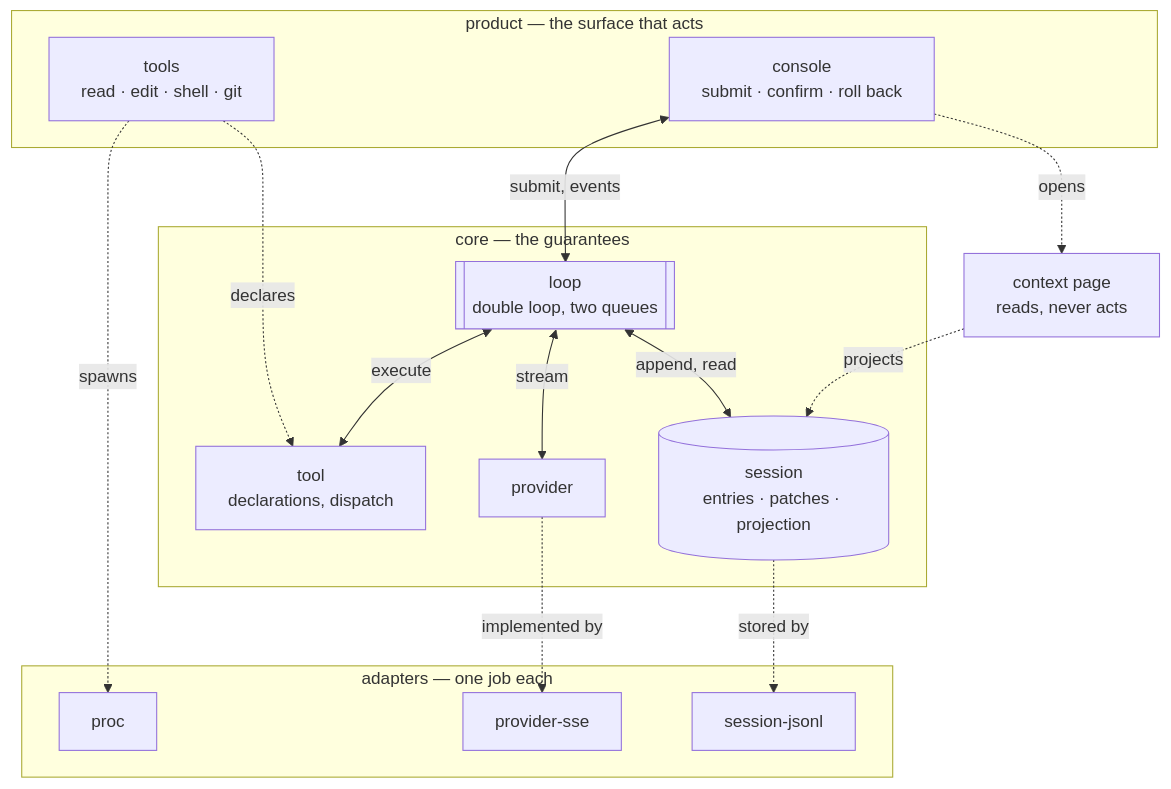
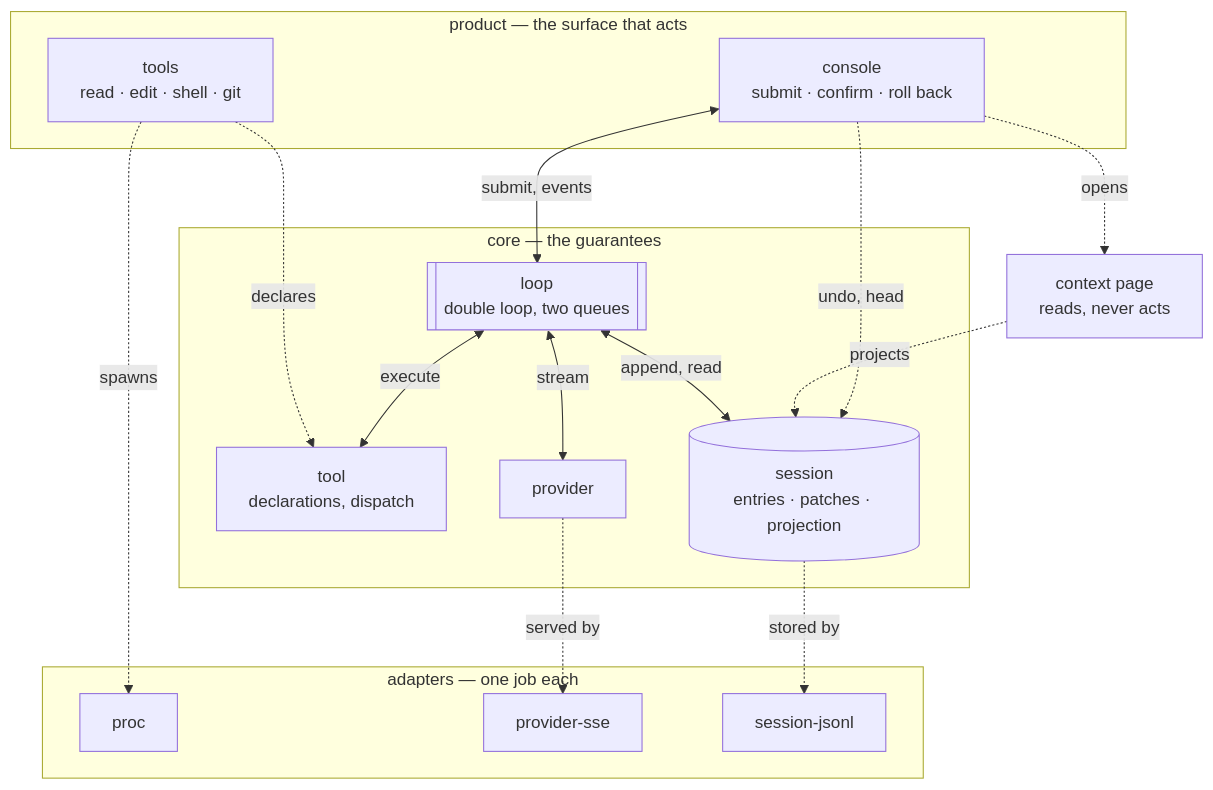
One commit to OverbearingPearl/pearl changed the second of 2 diagrams in README.md. Above: the diagram before and after it, drawn with Mermaid. The commit also changed other lines of this file, not shown here.

````diff
--- a/README.md
+++ b/README.md
@@ -214,29 +214,30 @@
 ```mermaid
 flowchart TB
   subgraph product["product — the surface that acts"]
     tools["tools<br/>read · edit · shell · git"]
     console["console<br/>submit · confirm · roll back"]
   end
   context["context page<br/>reads, never acts"]
   subgraph core["core — the guarantees"]
     loop[["loop<br/>double loop, two queues"]]
     tool["tool<br/>declarations, dispatch"]
     session[("session<br/>entries · patches · projection")]
     provider["provider"]
   end
   subgraph adapters["adapters — one job each"]
     proc["proc"]
     sse["provider-sse"]
     jsonl["session-jsonl"]
   end
   console <-->|submit, events| loop
   console -.->|opens| context
+  console -.->|undo, head| session
   context -.->|projects| session
   loop <-->|execute| tool
   tools -.->|declares| tool
   loop <-->|stream| provider
   loop <-->|append, read| session
-  provider -.->|implemented by| sse
+  provider -.->|served by| sse
   session -.->|stored by| jsonl
   tools -.->|spawns| proc
 ```
````
